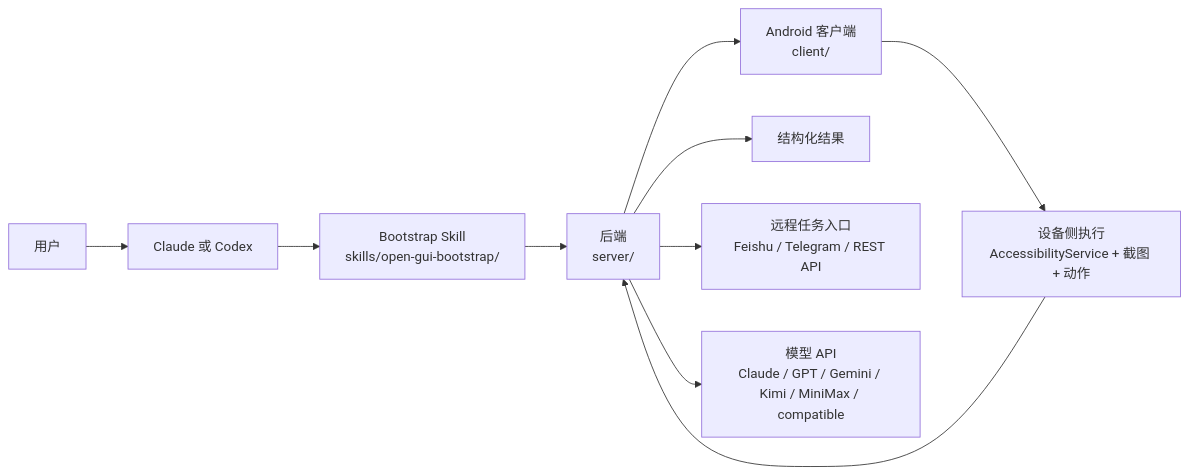
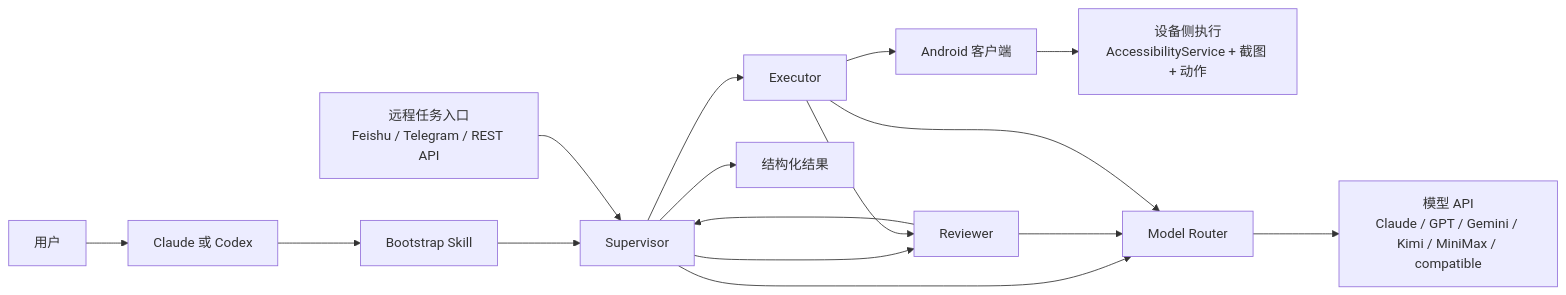
The diagram in README.zh-CN.md (Core-Mate/OpenGUI), drawn with Mermaid before and after one commit. The commit also changed other lines of this file, not shown here.

````diff
--- a/README.zh-CN.md
+++ b/README.zh-CN.md
@@ -49,12 +68,22 @@
 ```mermaid
 flowchart LR
     U["用户"] --> A["Claude 或 Codex"]
-    A --> S["Bootstrap Skill\nskills/open-gui-bootstrap/"]
-    S --> B["后端\nserver/"]
-    B --> C["Android 客户端\nclient/"]
-    C --> D["设备侧执行\nAccessibilityService + 截图 + 动作"]
-    D --> B
-    B --> R["结构化结果"]
-    B --> X["远程任务入口\nFeishu / Telegram / REST API"]
-    B --> M["模型 API\nClaude / GPT / Gemini / Kimi / MiniMax / compatible"]
+    A --> BS["Bootstrap Skill"]
+    BS --> SP
+
+    RD["远程任务入口\nFeishu / Telegram / REST API"] --> SP["Supervisor"]
+    SP --> EX["Executor"]
+    SP --> RV["Reviewer"]
+    EX --> RV
+    RV --> SP
+
+    EX --> AC["Android 客户端"]
+    AC --> DE["设备侧执行\nAccessibilityService + 截图 + 动作"]
+
+    SP --> MR["Model Router"]
+    MR --> MA["模型 API\nClaude / GPT / Gemini / Kimi / MiniMax / compatible"]
+    RV --> MR
+    EX --> MR
+
+    SP --> SR["结构化结果"]
 ```
````
